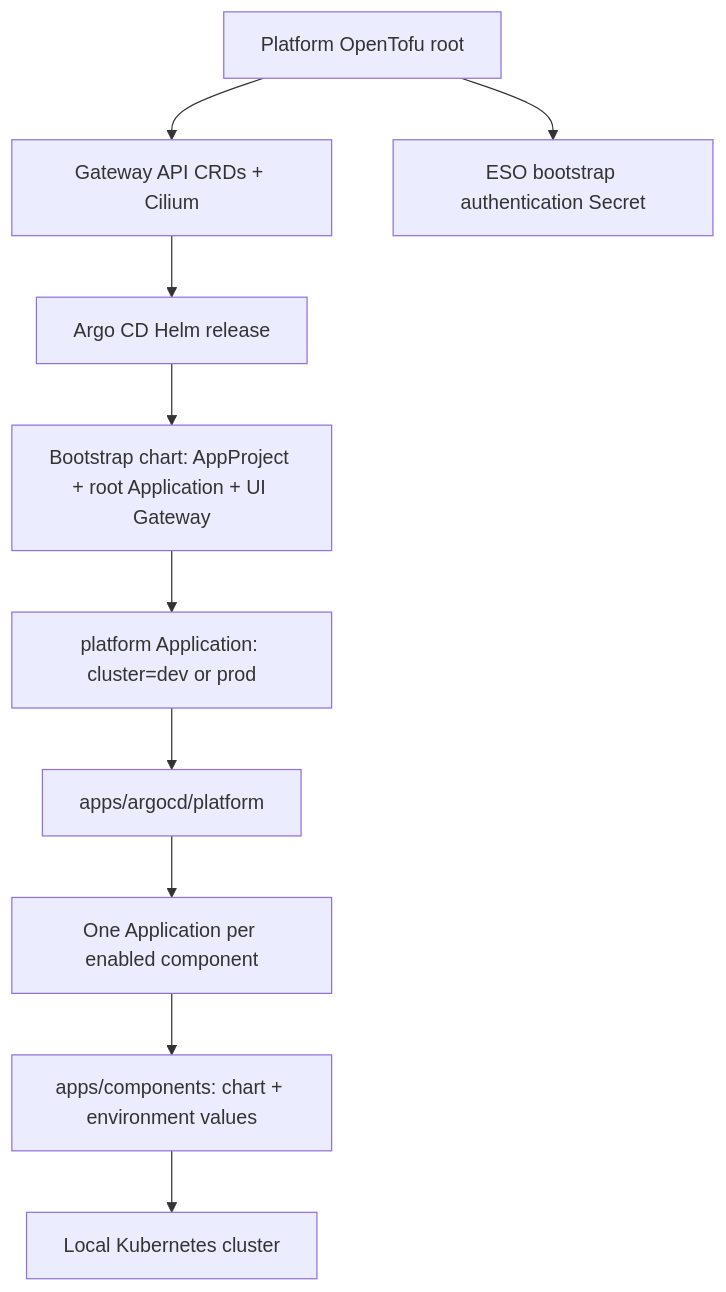
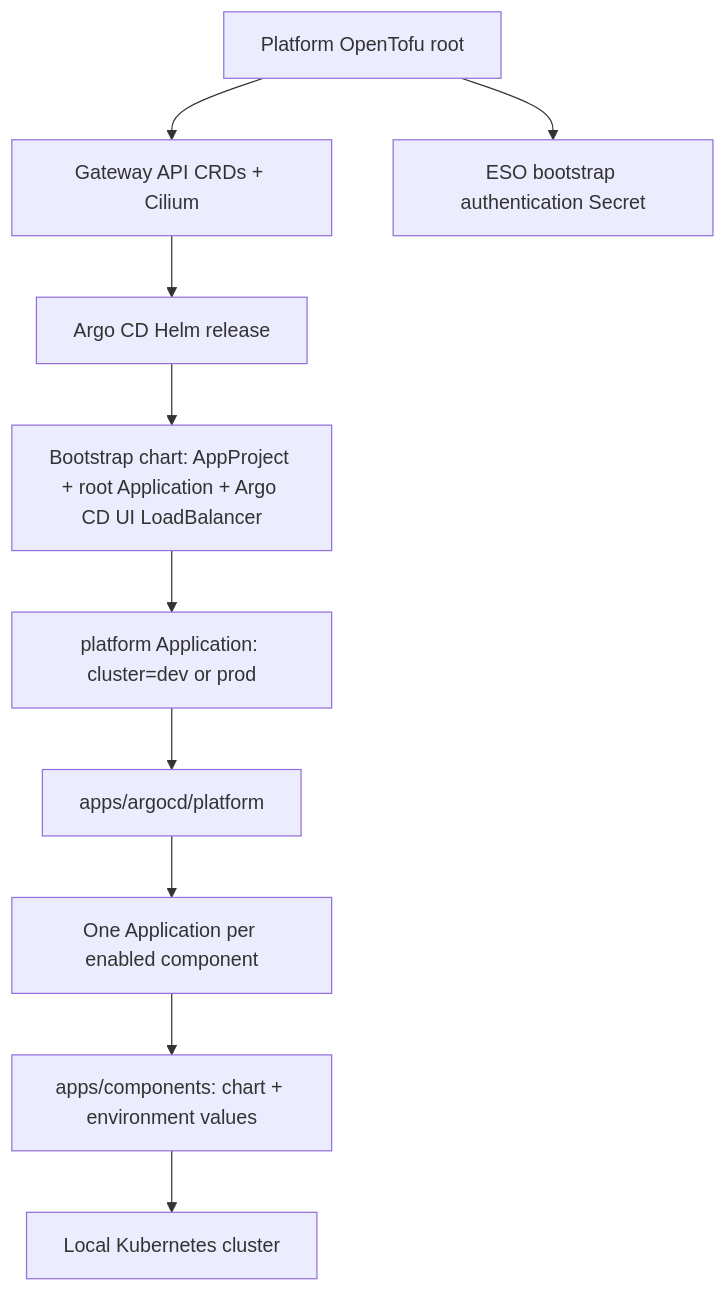
Before and after one commit to phuchoang2603/talos-proxmox: the first of 2 diagrams in docs/architecture/gitops.md, drawn with Mermaid. The commit also changed other lines of this file and 35 other files, not shown here.

````diff
--- a/docs/architecture/gitops.md
+++ b/docs/architecture/gitops.md
@@ -9,12 +9,12 @@
 ```mermaid
 flowchart TD
     TF["Platform OpenTofu root"] --> CNI["Gateway API CRDs + Cilium"]
     CNI --> Argo["Argo CD Helm release"]
     TF --> Auth["ESO bootstrap authentication Secret"]
-    Argo --> Bootstrap["Bootstrap chart: AppProject + root Application + UI Gateway"]
+    Argo --> Bootstrap["Bootstrap chart: AppProject + root Application + Argo CD UI LoadBalancer"]
     Bootstrap --> Root["platform Application: cluster=dev or prod"]
     Root --> Shared["apps/argocd/platform"]
     Shared --> Apps["One Application per enabled component"]
     Apps --> Components["apps/components: chart + environment values"]
     Components --> Local["Local Kubernetes cluster"]
 ```
````
